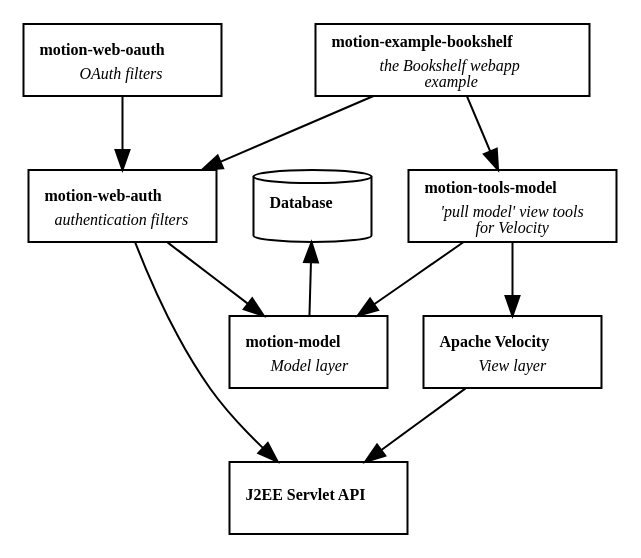
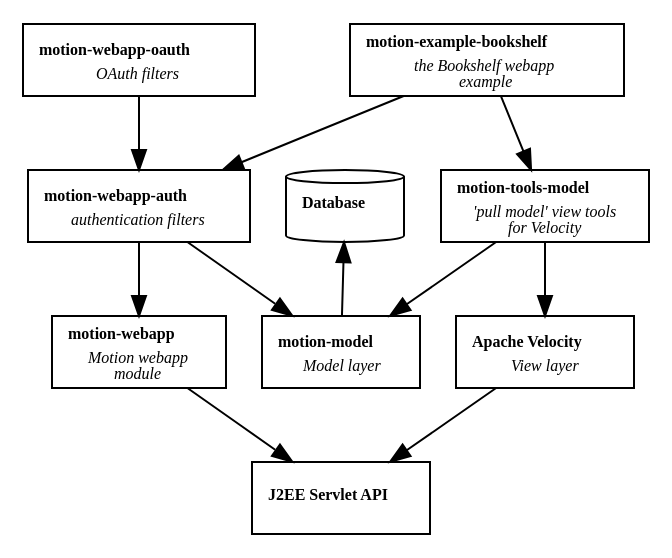
The diagram in src/site/motion-modules.dot (arkanovicz/modality), drawn with Graphviz before and after one commit. The commit also changed 1 other file, not shown here.

Commit message:
Review modules graph

```diff
--- a/src/site/motion-modules.dot
+++ b/src/site/motion-modules.dot
@@ -1,25 +1,27 @@
 digraph dependencies
 {
 node [fontname = "Bitstream Vera Sans", fontsize = 8, shape = "record"];
 edge [fontname = "Bitstream Vera Sans", fontsize = 8];
 
 Database [shape=cylinder, label=<<b>Database</b>>];
 Model [label=<<b>motion-model</b><br/><sub><i>Model layer</i></sub>>];
 Servlets [label=<<b>J2EE Servlet API</b>>];
-Auth [label=<<b>motion-web-auth</b><br/><sub><i>authentication filters</i></sub>>];
-OAuth [label=<<b>motion-web-oauth</b><br/><sub><i>OAuth filters</i></sub>>];
+Webapp [label=<<b>motion-webapp</b><br/><sub><i>Motion webapp<br/>module</i></sub>>];
+Auth [label=<<b>motion-webapp-auth</b><br/><sub><i>authentication filters</i></sub>>];
+OAuth [label=<<b>motion-webapp-oauth</b><br/><sub><i>OAuth filters</i></sub>>];
 ModelTool [label=<<b>motion-tools-model</b><br/><sub><i>'pull model' view tools<br/>for Velocity</i></sub>>];
 Velocity [label=<<b>Apache Velocity</b><br/><sub><i>View layer</i></sub>>];
 Bookshelf [label=<<b>motion-example-bookshelf</b><br/><sub><i>the Bookshelf webapp<br/>example</i></sub>>];
 
 Velocity -> Servlets;
-Auth -> Servlets;
+Webapp -> Servlets;
 Database -> Model [dir=back];
-Auth -> Model;
+Auth -> Model
+Auth -> Webapp;
 OAuth -> Auth;
 ModelTool -> Model;
 ModelTool -> Velocity;
 Bookshelf -> ModelTool;
 Bookshelf -> Auth;
 
 }
```
